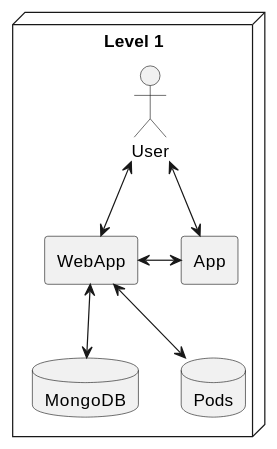
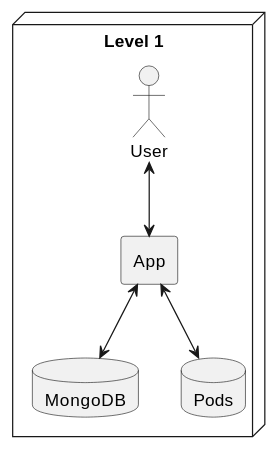
Before and after one commit to Arquisoft/radarin_es3b: the first of 3 diagrams in webapp/docs/05_building_block_view.adoc, drawn with PlantUML. The commit also changed other lines of this file and 1 other file, not shown here.

```diff
--- a/webapp/docs/05_building_block_view.adoc
+++ b/webapp/docs/05_building_block_view.adoc
@@ -6,17 +6,14 @@
 [plantuml, "block level 1", png]
 ----
 @startuml
 Node "Level 1" {
 actor User
-rectangle WebApp
+rectangle App
 database MongoDB
-rectangle App
 database Pods
 }
-WebApp <-up->  User
-User <-right-> App
-WebApp <-down-> MongoDB
-WebApp <-down-> Pods
-WebApp <-right-> App
+App <-up->  User
+App <-down-> MongoDB
+App <-down-> Pods
 @enduml
 ----
```
